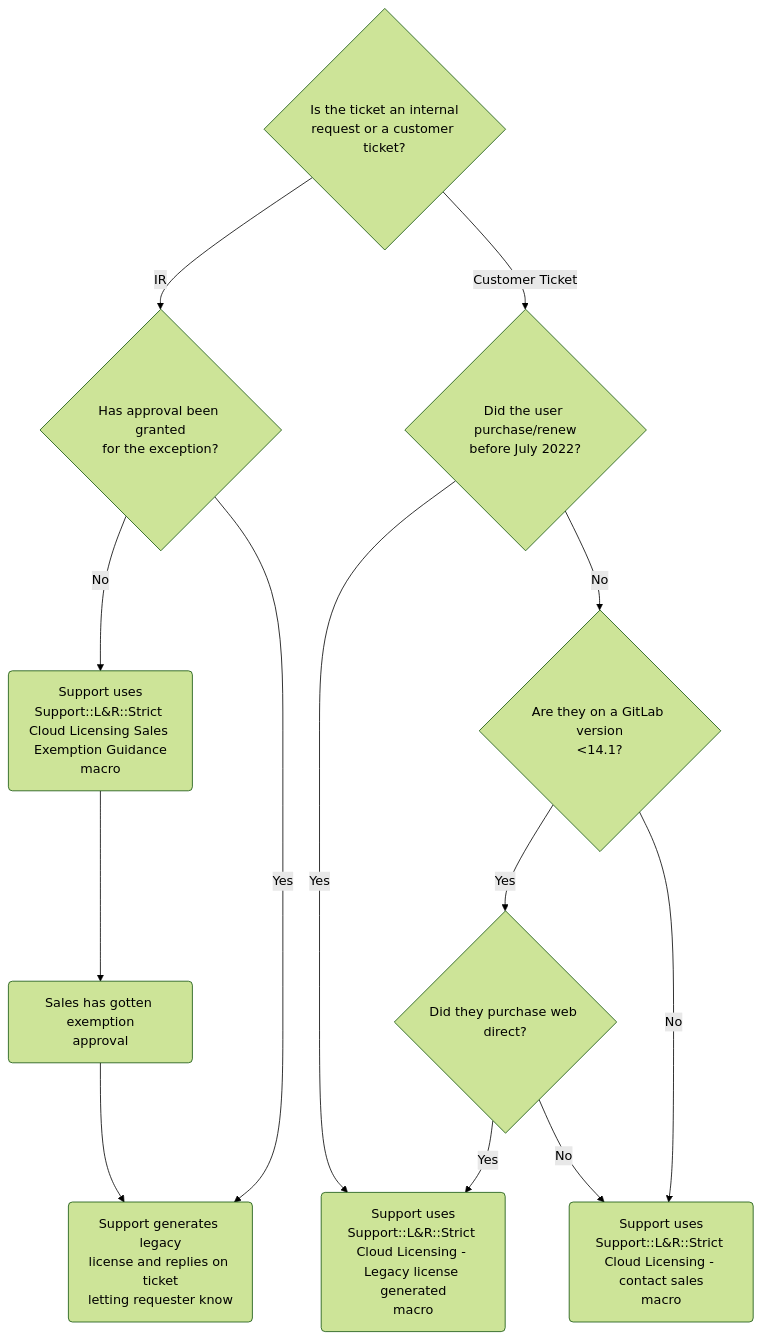
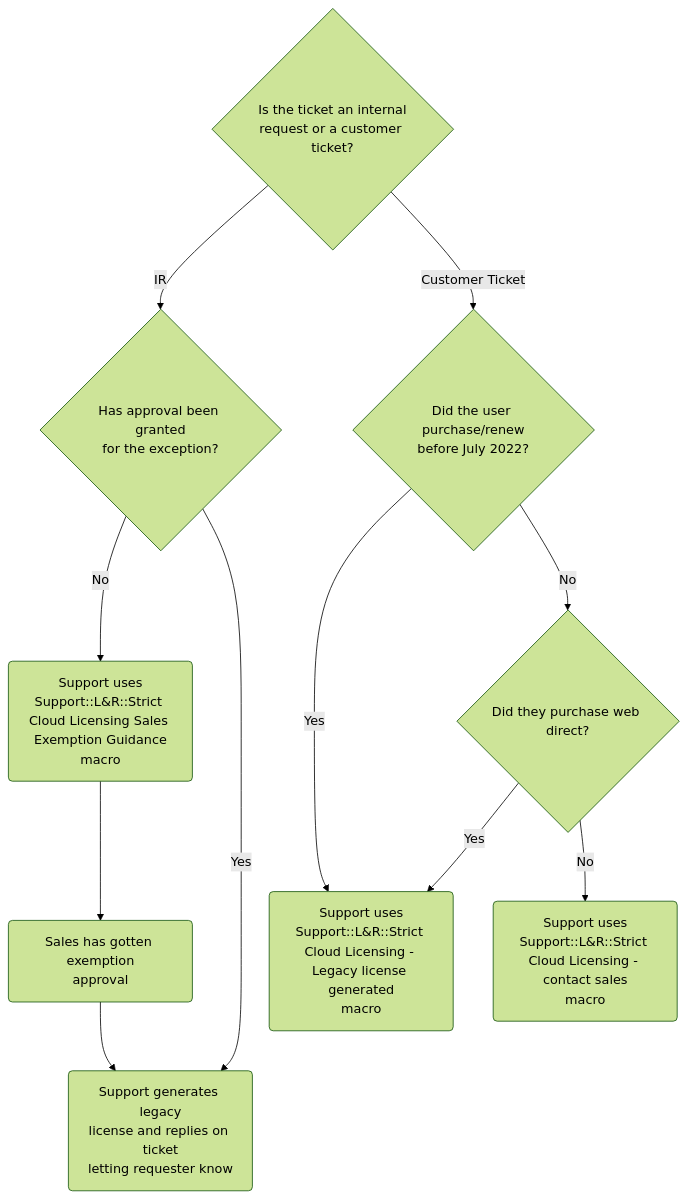
One commit to secretstartups/handbook changed the diagram in support/license-and-renewals/workflows/self-managed/cloud-licensing.html.md. Above: the diagram before and after it, drawn with Mermaid (forest theme). The commit also changed other lines of this file, not shown here.

Commit message:
Update Cloud Exemption flowchart and broken link

````diff
--- a/support/license-and-renewals/workflows/self-managed/cloud-licensing.html.md
+++ b/support/license-and-renewals/workflows/self-managed/cloud-licensing.html.md
@@ -27,25 +27,22 @@
 ```mermaid
 graph TD;
   A -->|IR| B;
   B -->|No| C;
   B -->|Yes| E;
   C --> D;
   D --> E;
   A -->|Customer Ticket| F;
   F -->|Yes| G;
-  F -->|No| H;
-  H -->|Yes| I;
-  H -->|No| J;
-  I -->|Yes| G;
-  I -->|No| J;
+  F -->|No| H
+  H -->|Yes| G;
+  H -->|No| I;
   A{Is the ticket an internal<br>request or a customer ticket?}
   B{Has approval been granted<br>for the exception?}
   C(Support uses<br>Support::L&R::Strict Cloud Licensing Sales Exemption Guidance<br>macro)
   D(Sales has gotten exemption<br>approval)
   E(Support generates legacy<br>license and replies on ticket<br>letting requester know)
   F{Did the user purchase/renew<br>before July 2022?}
   G(Support uses<br>Support::L&R::Strict Cloud Licensing - Legacy license generated<br>macro)
-  H{Are they on a GitLab version<br><14.1?}
-  I{Did they purchase web direct?}
-  J(Support uses<br>Support::L&R::Strict Cloud Licensing - contact sales<br>macro)
+  H{Did they purchase web direct?}
+  I(Support uses<br>Support::L&R::Strict Cloud Licensing - contact sales<br>macro)
 ```
````
